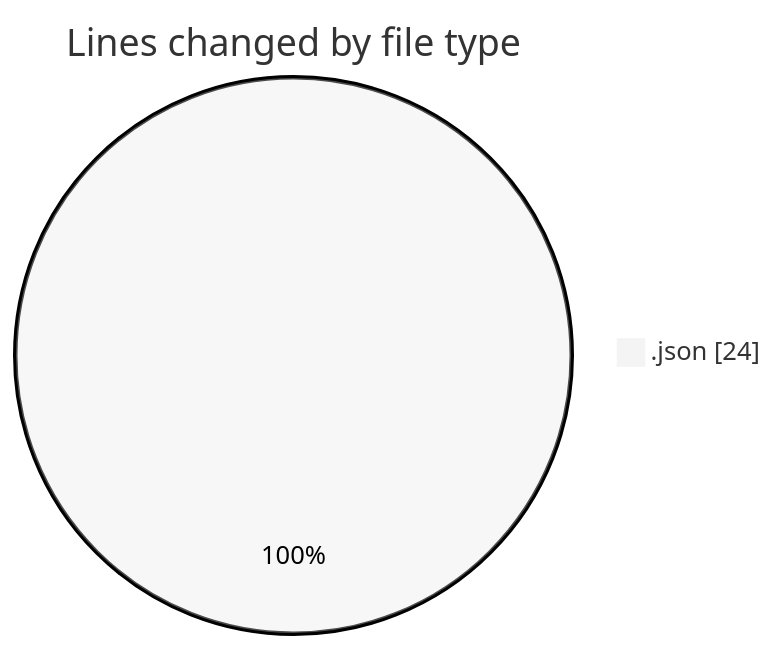
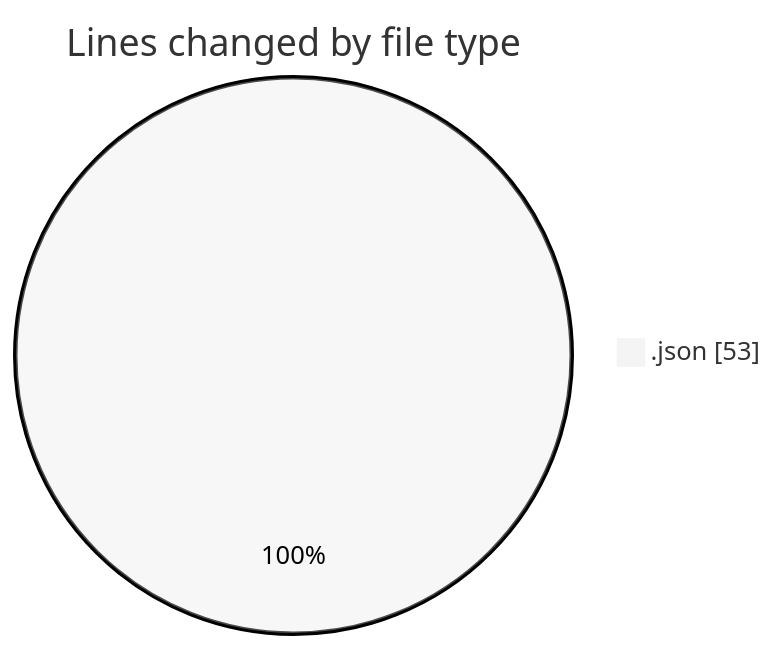
One commit to momahboobian/code-tracking changed the first of 2 diagrams in 2025-07-28/cda/README.md. Above: the diagram before and after it, drawn with Mermaid (neutral theme). The commit also changed other lines of this file and 1 other file, not shown here.

````diff
--- a/2025-07-28/cda/README.md
+++ b/2025-07-28/cda/README.md
@@ -20,5 +20,5 @@
 ```mermaid
 pie showData
 title Lines changed by file type
-".json" : 24
+".json" : 53
 ```
````
